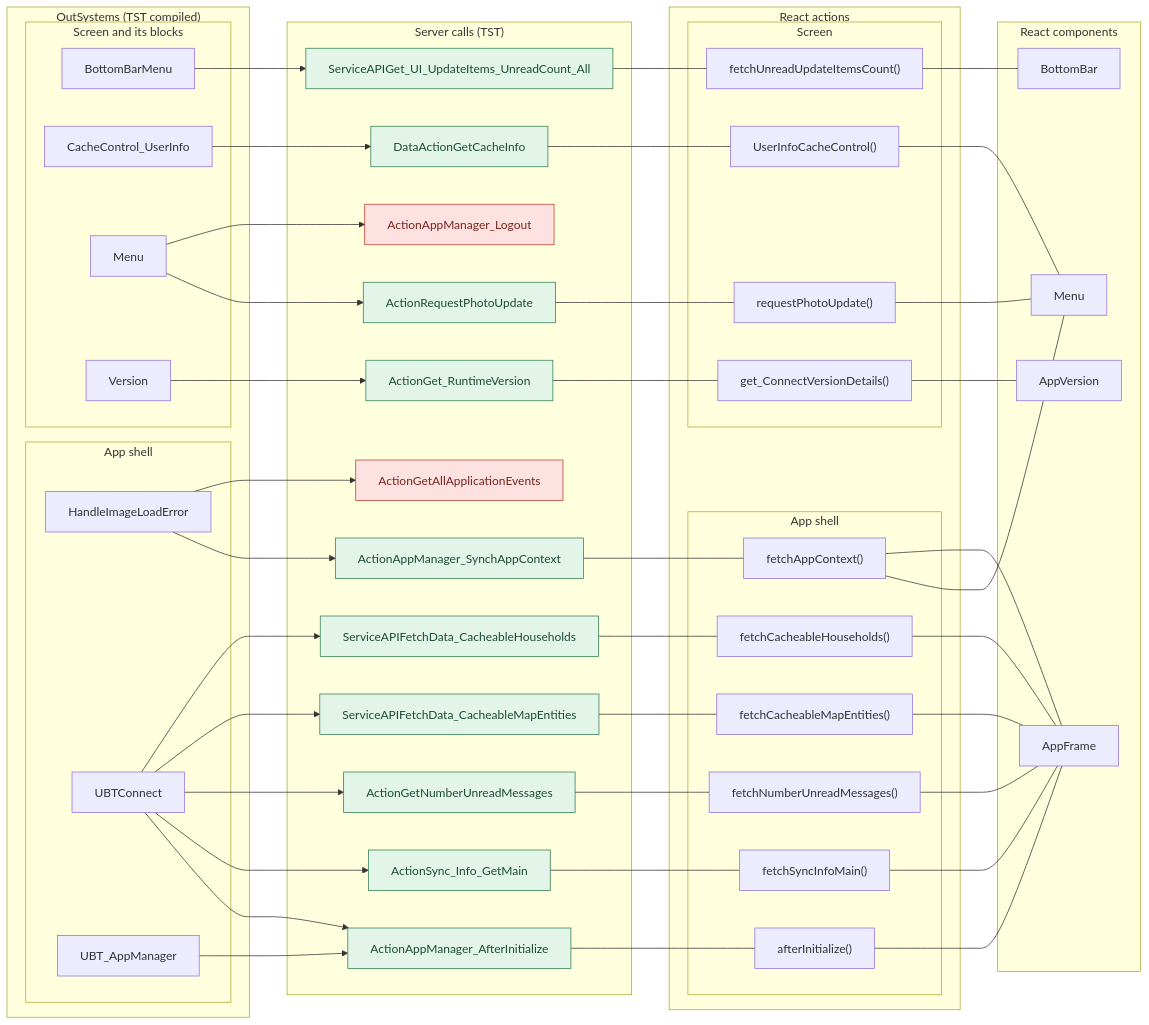
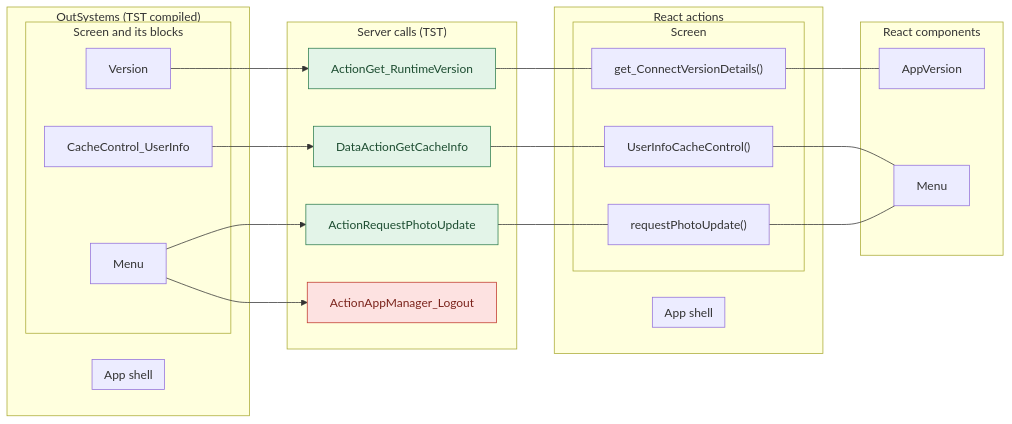
One commit to Phoenix-DX/connect-new-ui changed the first of 9 diagrams in migration/route-actions/Menu.md. Above: the diagram before and after it, drawn with Mermaid. The commit also changed other lines of this file and 51 other files, not shown here.

Commit message:
route actions: route files keep only the route; APP_SHELL.md merges the app shell (layout, app start, bottom bar, PIN lock, shared dialogs) from the checked routes; one user action diagram per branch

````diff
--- a/migration/route-actions/Menu.md
+++ b/migration/route-actions/Menu.md
@@ -49,89 +54,44 @@
 flowchart LR
   subgraph OS["OutSystems (TST compiled)"]
     subgraph OS_shell["App shell"]
-      o0["HandleImageLoadError"]
-      o1["UBTConnect"]
-      o2["UBT_AppManager"]
     end
     subgraph OS_screen["Screen and its blocks"]
-      o3["BottomBarMenu"]
-      o4["CacheControl_UserInfo"]
-      o5["Menu"]
-      o6["Version"]
+      o0["CacheControl_UserInfo"]
+      o1["Menu"]
+      o2["Version"]
     end
   end
   subgraph EP["Server calls (TST)"]
-    e7["ActionAppManager_SynchAppContext"]
-    e8["ActionGet_RuntimeVersion"]
-    e9["DataActionGetCacheInfo"]
-    e10["ActionAppManager_AfterInitialize"]
-    e11["ActionSync_Info_GetMain"]
-    e12["ActionGetNumberUnreadMessages"]
-    e13["ServiceAPIFetchData_CacheableMapEntities"]
-    e14["ServiceAPIFetchData_CacheableHouseholds"]
-    e15["ActionRequestPhotoUpdate"]
-    e16["ServiceAPIGet_UI_UpdateItems_UnreadCount_All"]
-    e17["ActionAppManager_Logout"]
-    e18["ActionGetAllApplicationEvents"]
+    e3["ActionGet_RuntimeVersion"]
+    e4["DataActionGetCacheInfo"]
+    e5["ActionRequestPhotoUpdate"]
+    e6["ActionAppManager_Logout"]
   end
   subgraph RE["React actions"]
     subgraph RE_shell["App shell"]
-      r19["afterInitialize()"]
-      r20["fetchAppContext()"]
-      r21["fetchCacheableHouseholds()"]
-      r22["fetchCacheableMapEntities()"]
-      r23["fetchNumberUnreadMessages()"]
-      r24["fetchSyncInfoMain()"]
     end
     subgraph RE_page["Screen"]
-      r25["UserInfoCacheControl()"]
-      r26["fetchUnreadUpdateItemsCount()"]
-      r27["get_ConnectVersionDetails()"]
-      r28["requestPhotoUpdate()"]
+      r7["UserInfoCacheControl()"]
+      r8["get_ConnectVersionDetails()"]
+      r9["requestPhotoUpdate()"]
     end
   end
   subgraph RC["React components"]
-    c29["AppFrame"]
-    c30["AppVersion"]
-    c31["BottomBar"]
-    c32["Menu"]
+    c10["AppVersion"]
+    c11["Menu"]
   end
-  r25 --- c32
-  r20 --- c32
-  r28 --- c32
-  r19 --- c29
-  r20 --- c29
-  r21 --- c29
-  r22 --- c29
-  r23 --- c29
-  r24 --- c29
-  r27 --- c30
-  r26 --- c31
-  o0 --> e7
-  o0 --> e18
-  o6 --> e8
-  o4 --> e9
-  o1 --> e10
-  o1 --> e11
-  o1 --> e12
-  o1 --> e13
-  o1 --> e14
-  o2 --> e10
-  o5 --> e15
-  o5 --> e17
-  o3 --> e16
-  e7 --- r20
-  e8 --- r27
-  e9 --- r25
-  e10 --- r19
-  e11 --- r24
-  e12 --- r23
-  e13 --- r22
-  e14 --- r21
-  e15 --- r28
-  e16 --- r26
+  r8 --- c10
+  r7 --- c11
+  r9 --- c11
+  o2 --> e3
+  o0 --> e4
+  o1 --> e5
+  o1 --> e6
+  e3 --- r8
+  e4 --- r7
+  e5 --- r9
   classDef missing fill:#fde2e1,stroke:#c0392b,color:#7b241c
   classDef ok fill:#e3f4e8,stroke:#2e7d4f,color:#1d4d31
-  class e17,e18 missing
-  class e7,e8,e9,e10,e11,e12,e13,e14,e15,e16 ok
+  class e6 missing
+  class e3,e4,e5 ok
 ```
````
